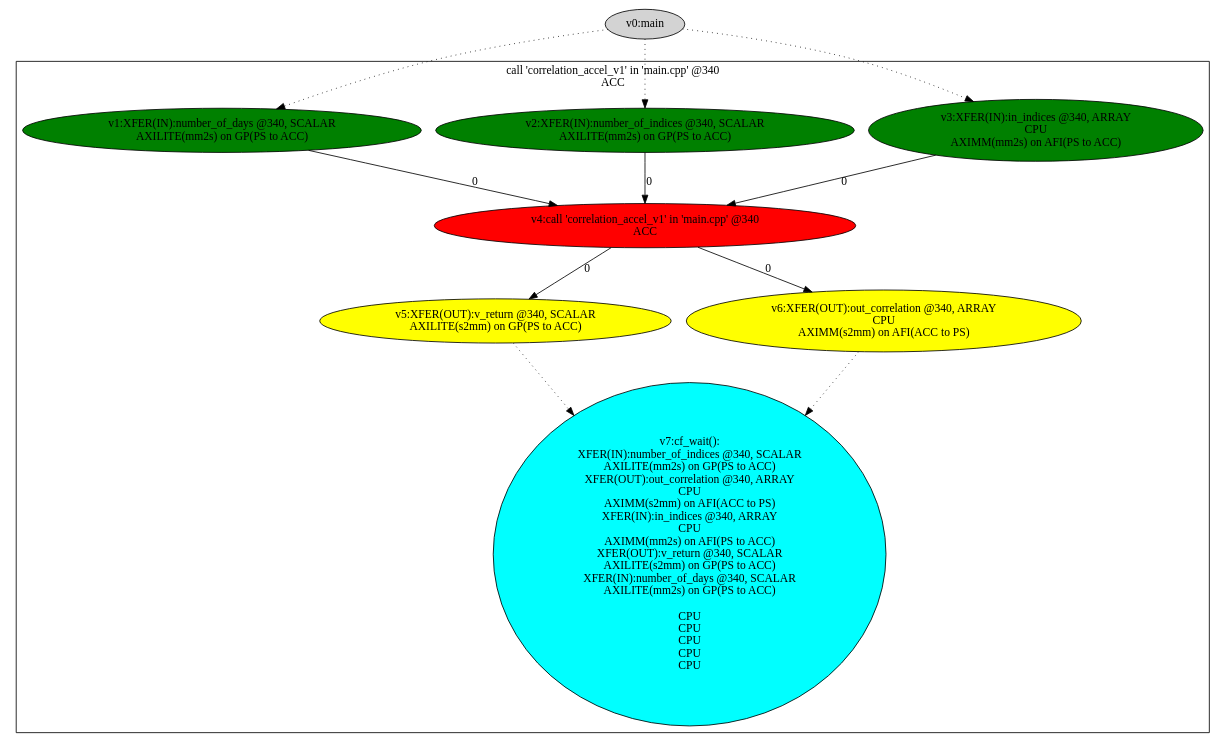
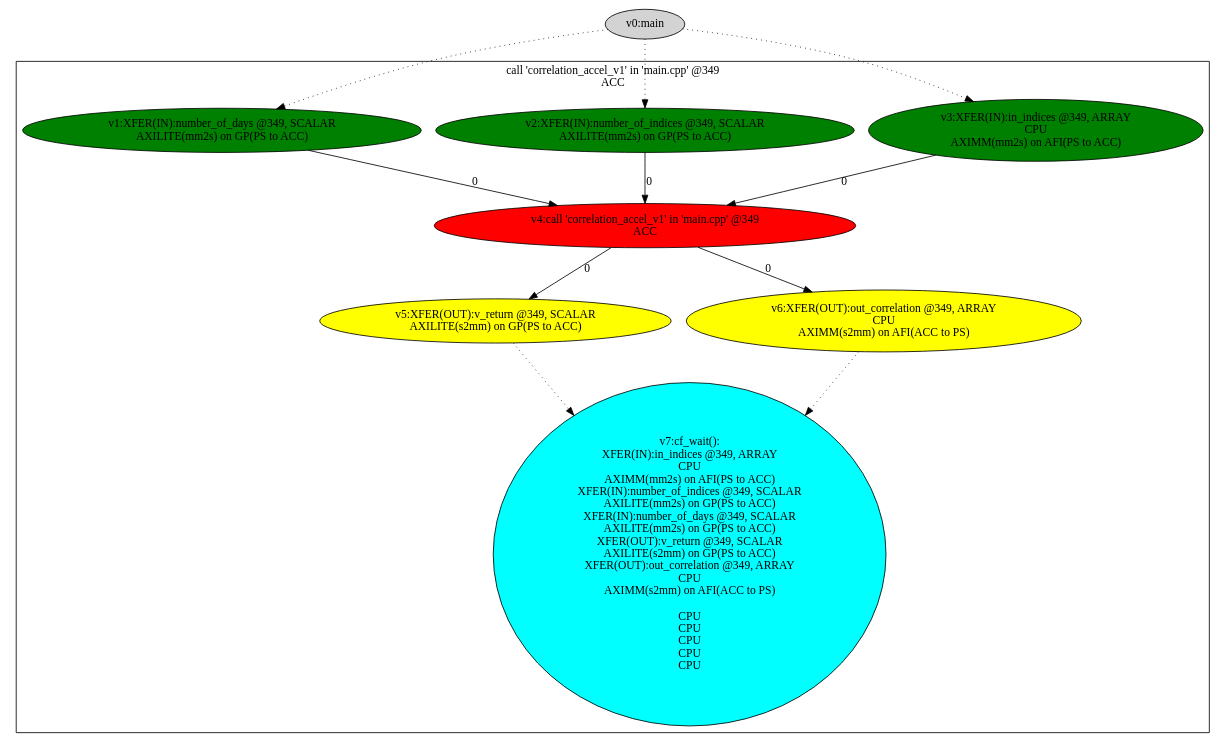
One commit to nguyencanhtrung/SDSoC changed the diagram in workspace/correlation_ver1/correlation_ver1_linux/SDRelease/_sds/.llvm/_p0_dtg.dot. Above: the diagram before and after it, drawn with Graphviz. The commit also changed 727 other files, not shown here.

```diff
--- a/workspace/correlation_ver1/correlation_ver1_linux/SDRelease/_sds/.llvm/_p0_dtg.dot
+++ b/workspace/correlation_ver1/correlation_ver1_linux/SDRelease/_sds/.llvm/_p0_dtg.dot
@@ -1,30 +1,30 @@
 digraph dm_graph {
 v0 [label = "v0:main" ,style=filled];
-v1 [label = "v1:XFER(IN):number_of_days @340, SCALAR\nAXILITE(mm2s) on GP(PS to ACC)\n" ,style=filled,fillcolor = green];
-v2 [label = "v2:XFER(IN):number_of_indices @340, SCALAR\nAXILITE(mm2s) on GP(PS to ACC)\n" ,style=filled,fillcolor = green];
-v3 [label = "v3:XFER(IN):in_indices @340, ARRAY\nCPU\nAXIMM(mm2s) on AFI(PS to ACC)\n" ,style=filled,fillcolor = green];
-v4 [label = "v4:call 'correlation_accel_v1' in 'main.cpp' @340\nACC\n" ,style=filled,fillcolor = red];
-v5 [label = "v5:XFER(OUT):v_return @340, SCALAR\nAXILITE(s2mm) on GP(PS to ACC)\n" ,style=filled,fillcolor = yellow];
-v6 [label = "v6:XFER(OUT):out_correlation @340, ARRAY\nCPU\nAXIMM(s2mm) on AFI(ACC to PS)\n" ,style=filled,fillcolor = yellow];
-v7 [label = "v7:cf_wait(): \nXFER(IN):number_of_indices @340, SCALAR\nAXILITE(mm2s) on GP(PS to ACC)\nXFER(OUT):out_correlation @340, ARRAY\nCPU\nAXIMM(s2mm) on AFI(ACC to PS)\nXFER(IN):in_indices @340, ARRAY\nCPU\nAXIMM(mm2s) on AFI(PS to ACC)\nXFER(OUT):v_return @340, SCALAR\nAXILITE(s2mm) on GP(PS to ACC)\nXFER(IN):number_of_days @340, SCALAR\nAXILITE(mm2s) on GP(PS to ACC)\n\nCPU\nCPU\nCPU\nCPU\nCPU\n" ,style=filled,fillcolor = cyan];
+v1 [label = "v1:XFER(IN):number_of_days @349, SCALAR\nAXILITE(mm2s) on GP(PS to ACC)\n" ,style=filled,fillcolor = green];
+v2 [label = "v2:XFER(IN):number_of_indices @349, SCALAR\nAXILITE(mm2s) on GP(PS to ACC)\n" ,style=filled,fillcolor = green];
+v3 [label = "v3:XFER(IN):in_indices @349, ARRAY\nCPU\nAXIMM(mm2s) on AFI(PS to ACC)\n" ,style=filled,fillcolor = green];
+v4 [label = "v4:call 'correlation_accel_v1' in 'main.cpp' @349\nACC\n" ,style=filled,fillcolor = red];
+v5 [label = "v5:XFER(OUT):v_return @349, SCALAR\nAXILITE(s2mm) on GP(PS to ACC)\n" ,style=filled,fillcolor = yellow];
+v6 [label = "v6:XFER(OUT):out_correlation @349, ARRAY\nCPU\nAXIMM(s2mm) on AFI(ACC to PS)\n" ,style=filled,fillcolor = yellow];
+v7 [label = "v7:cf_wait(): \nXFER(IN):in_indices @349, ARRAY\nCPU\nAXIMM(mm2s) on AFI(PS to ACC)\nXFER(IN):number_of_indices @349, SCALAR\nAXILITE(mm2s) on GP(PS to ACC)\nXFER(IN):number_of_days @349, SCALAR\nAXILITE(mm2s) on GP(PS to ACC)\nXFER(OUT):v_return @349, SCALAR\nAXILITE(s2mm) on GP(PS to ACC)\nXFER(OUT):out_correlation @349, ARRAY\nCPU\nAXIMM(s2mm) on AFI(ACC to PS)\n\nCPU\nCPU\nCPU\nCPU\nCPU\n" ,style=filled,fillcolor = cyan];
 subgraph cluster0 {
 v1;
 v2;
 v3;
 v4;
 v5;
 v6;
 v7;
-label = "call 'correlation_accel_v1' in 'main.cpp' @340\nACC\n";
+label = "call 'correlation_accel_v1' in 'main.cpp' @349\nACC\n";
 }
 v1 -> v4 [label = "0"];
 v2 -> v4 [label = "0"];
 v3 -> v4 [label = "0"];
 v4 -> v5 [label = "0"];
 v4 -> v6 [label = "0"];
 v5 -> v7 [label = "", style = dotted];
 v6 -> v7 [label = "", style = dotted];
 v0 -> v1 [label = "", style = dotted];
 v0 -> v2 [label = "", style = dotted];
 v0 -> v3 [label = "", style = dotted];
 }
```
